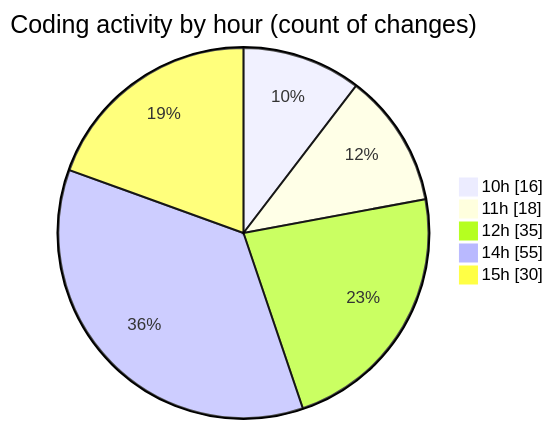
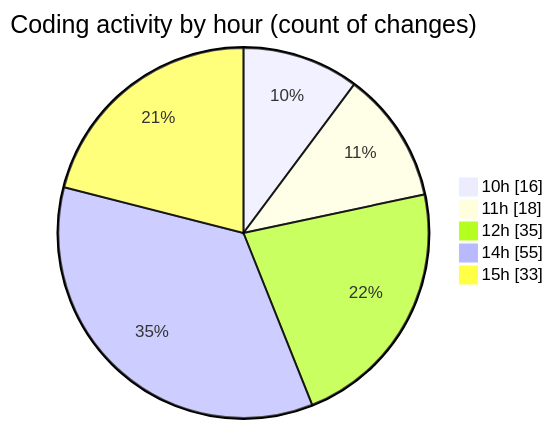
One commit to momahboobian/code-tracking changed the second of 2 diagrams in 2026-05-06/cda/README.md. Above: the diagram before and after it, drawn with Mermaid. The commit also changed other lines of this file and 1 other file, not shown here.

````diff
--- a/2026-05-06/cda/README.md
+++ b/2026-05-06/cda/README.md
@@ -103,9 +103,9 @@
 ```mermaid
 pie showData
 title Coding activity by hour (count of changes)
 "10h" : 16
 "11h" : 18
 "12h" : 35
 "14h" : 55
-"15h" : 30
+"15h" : 33
 ```
````
